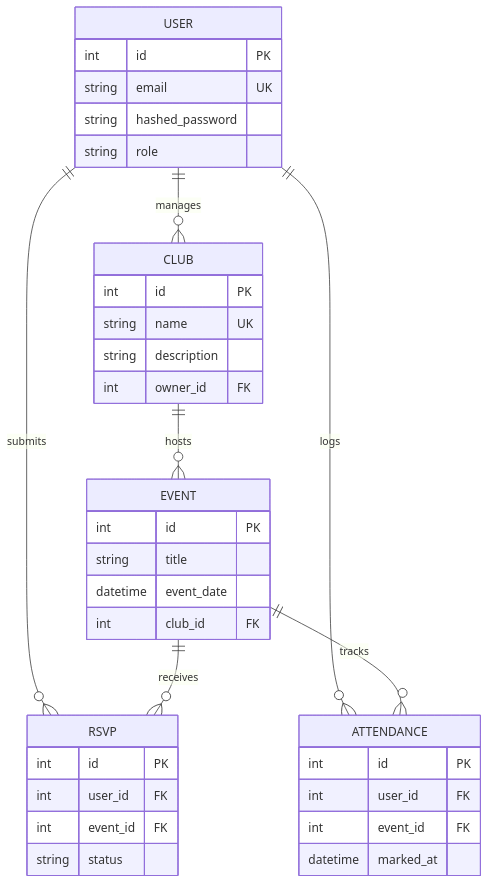
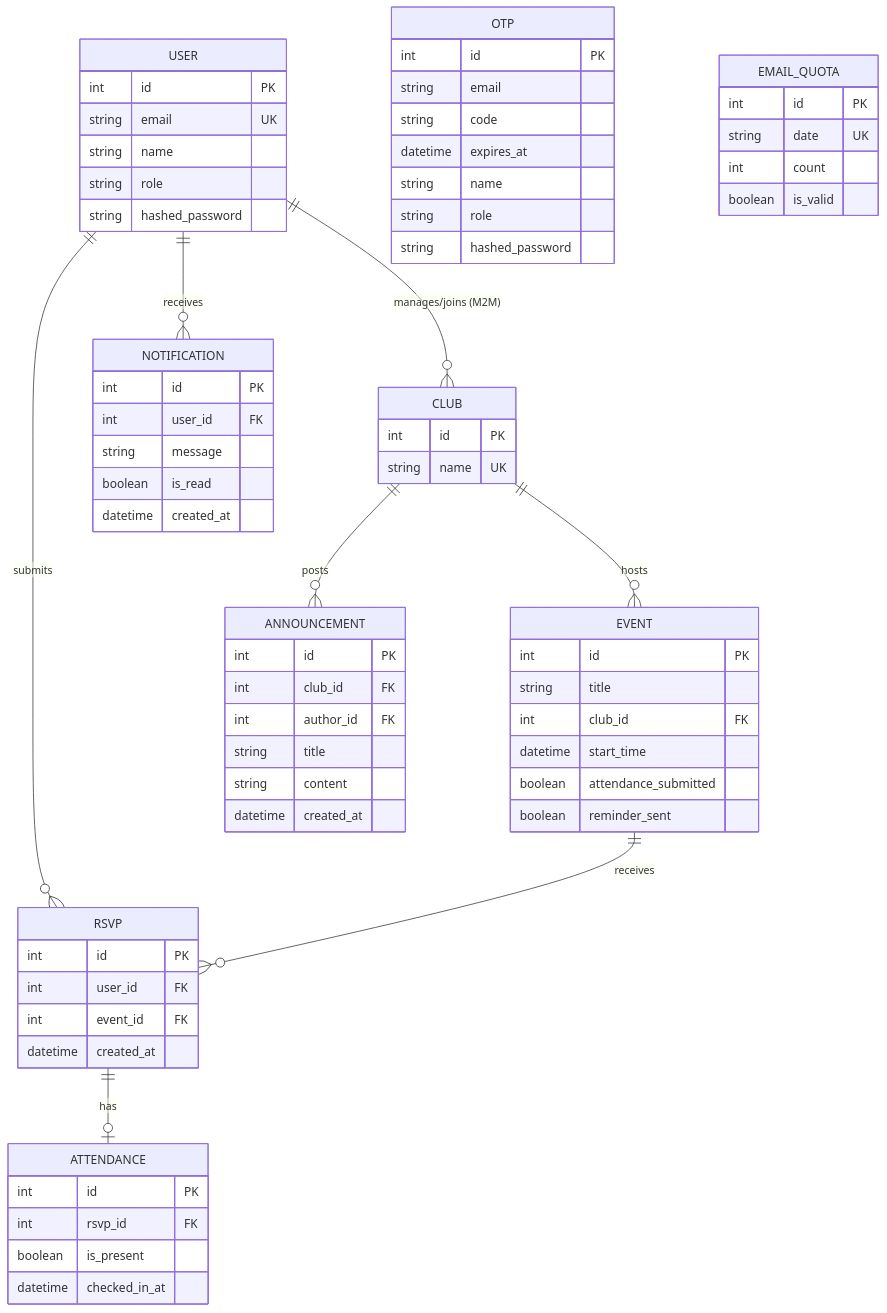
One commit to Dhruv-Puri/2nd-year-Internship changed the fourth of 5 diagrams in docs/design_doc.md. Above: the diagram before and after it, drawn with Mermaid. The commit also changed other lines of this file, not shown here.

````diff
--- a/docs/design_doc.md
+++ b/docs/design_doc.md
@@ -106,41 +141,72 @@
 ```mermaid
 erDiagram
     USER {
         int id PK
         string email UK
+        string name
+        string role
         string hashed_password
-        string role
     }
     CLUB {
         int id PK
         string name UK
-        string description
-        int owner_id FK
     }
     EVENT {
         int id PK
         string title
-        datetime event_date
         int club_id FK
+        datetime start_time
+        boolean attendance_submitted
+        boolean reminder_sent
     }
     RSVP {
         int id PK
         int user_id FK
         int event_id FK
-        string status
+        datetime created_at
     }
     ATTENDANCE {
         int id PK
+        int rsvp_id FK
+        boolean is_present
+        datetime checked_in_at
+    }
+    OTP {
+        int id PK
+        string email
+        string code
+        datetime expires_at
+        string name
+        string role
+        string hashed_password
+    }
+    NOTIFICATION {
+        int id PK
         int user_id FK
-        int event_id FK
-        datetime marked_at
+        string message
+        boolean is_read
+        datetime created_at
+    }
+    ANNOUNCEMENT {
+        int id PK
+        int club_id FK
+        int author_id FK
+        string title
+        string content
+        datetime created_at
+    }
+    EMAIL_QUOTA {
+        int id PK
+        string date UK
+        int count
+        boolean is_valid
     }
 
-    USER ||--o{ CLUB : "manages"
+    USER ||--o{ CLUB : "manages/joins (M2M)"
     CLUB ||--o{ EVENT : "hosts"
     USER ||--o{ RSVP : "submits"
     EVENT ||--o{ RSVP : "receives"
-    USER ||--o{ ATTENDANCE : "logs"
-    EVENT ||--o{ ATTENDANCE : "tracks"
-
+    RSVP ||--o| ATTENDANCE : "has"
+    USER ||--o{ NOTIFICATION : "receives"
+    CLUB ||--o{ ANNOUNCEMENT : "posts"
 ```
````
